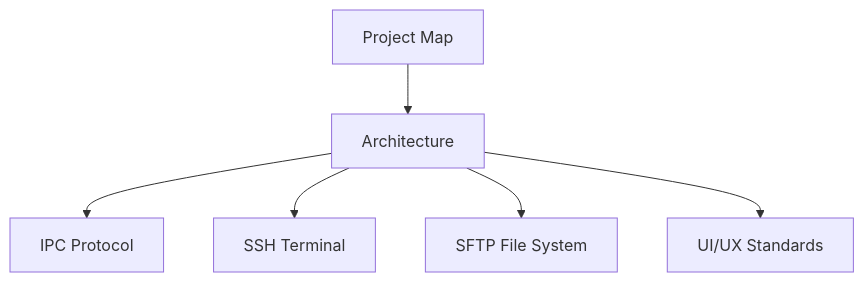
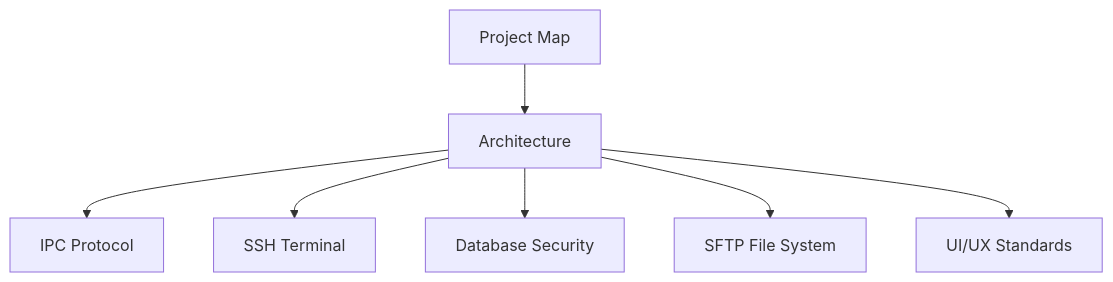
The diagram in docs/developer/index.md (agoudbg/Cosmosh), drawn with Mermaid before and after one commit. The commit also changed other lines of this file and 5 other files, not shown here.

Commit message:
docs: database security

````diff
--- a/docs/developer/index.md
+++ b/docs/developer/index.md
@@ -7,8 +7,9 @@
 ```mermaid
 flowchart TD
   A[Project Map] --> B[Architecture]
   B --> C[IPC Protocol]
   B --> D[SSH Terminal]
+  B --> G[Database Security]
   B --> E[SFTP File System]
   B --> F[UI/UX Standards]
 ```
````
